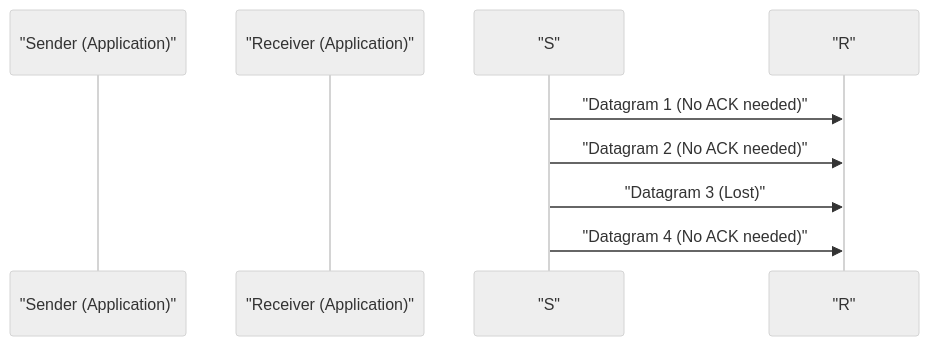
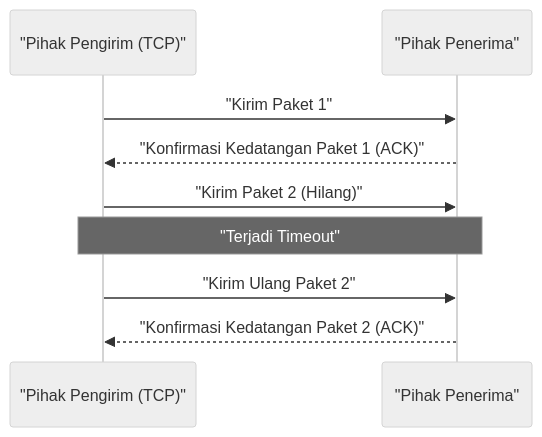
The diagram in content/post/history-of-udp/index.id.md (kenjinote/blog), drawn with Mermaid (neutral theme) before and after one commit. The commit also changed other lines of this file and 67 other files, not shown here.

````diff
--- a/content/post/history-of-udp/index.id.md
+++ b/content/post/history-of-udp/index.id.md
@@ -22,9 +35,11 @@
 ```mermaid
 sequenceDiagram
-    participant S as "Sender (Application)"
-    participant R as "Receiver (Application)"
-    "S"->>"R": "Datagram 1 (No ACK needed)"
-    "S"->>"R": "Datagram 2 (No ACK needed)"
-    "S"->>"R": "Datagram 3 (Lost)"
-    "S"->>"R": "Datagram 4 (No ACK needed)"
+    participant Sender as "Pihak Pengirim (TCP)"
+    participant Receiver as "Pihak Penerima"
+    Sender->>Receiver: "Kirim Paket 1"
+    Receiver-->>Sender: "Konfirmasi Kedatangan Paket 1 (ACK)"
+    Sender->>Receiver: "Kirim Paket 2 (Hilang)"
+    Note over Sender,Receiver: "Terjadi Timeout"
+    Sender->>Receiver: "Kirim Ulang Paket 2"
+    Receiver-->>Sender: "Konfirmasi Kedatangan Paket 2 (ACK)"
 ```
````
